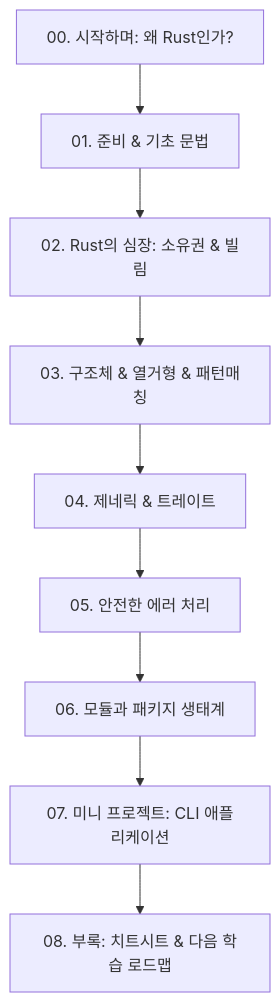
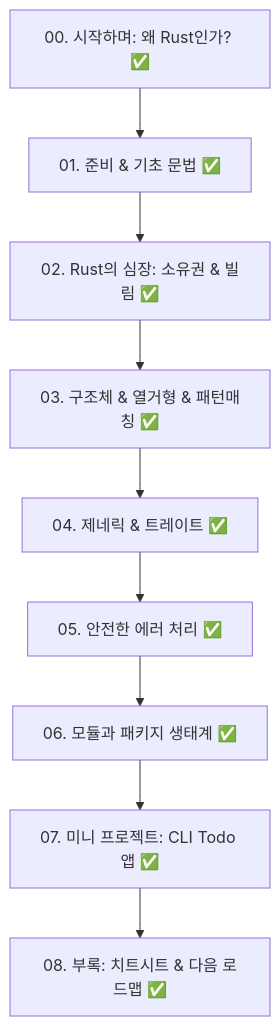
One commit to space-cap/rust-sandbox changed the diagram in docs/rust_ebook_plan.md. Above: the diagram before and after it, drawn with Mermaid. The commit also changed other lines of this file and 11 other files, not shown here.

````diff
--- a/docs/rust_ebook_plan.md
+++ b/docs/rust_ebook_plan.md
@@ -22,11 +23,11 @@
 ```mermaid
 flowchart TD
-    Intro["00. 시작하며: 왜 Rust인가?"] --> Basics["01. 준비 & 기초 문법"]
-    Basics --> Ownership["02. Rust의 심장: 소유권 & 빌림"]
-    Ownership --> StructEnum["03. 구조체 & 열거형 & 패턴매칭"]
-    StructEnum --> Traits["04. 제네릭 & 트레이트"]
-    Traits --> ErrorHandling["05. 안전한 에러 처리"]
-    ErrorHandling --> CargoMod["06. 모듈과 패키지 생태계"]
-    CargoMod --> Project["07. 미니 프로젝트: CLI 애플리케이션"]
-    Project --> Outro["08. 부록: 치트시트 & 다음 학습 로드맵"]
+    Intro["00. 시작하며: 왜 Rust인가? ✅"] --> Basics["01. 준비 & 기초 문법 ✅"]
+    Basics --> Ownership["02. Rust의 심장: 소유권 & 빌림 ✅"]
+    Ownership --> StructEnum["03. 구조체 & 열거형 & 패턴매칭 ✅"]
+    StructEnum --> Traits["04. 제네릭 & 트레이트 ✅"]
+    Traits --> ErrorHandling["05. 안전한 에러 처리 ✅"]
+    ErrorHandling --> CargoMod["06. 모듈과 패키지 생태계 ✅"]
+    CargoMod --> Project["07. 미니 프로젝트: CLI Todo 앱 ✅"]
+    Project --> Outro["08. 부록: 치트시트 & 다음 로드맵 ✅"]
 ```
````
